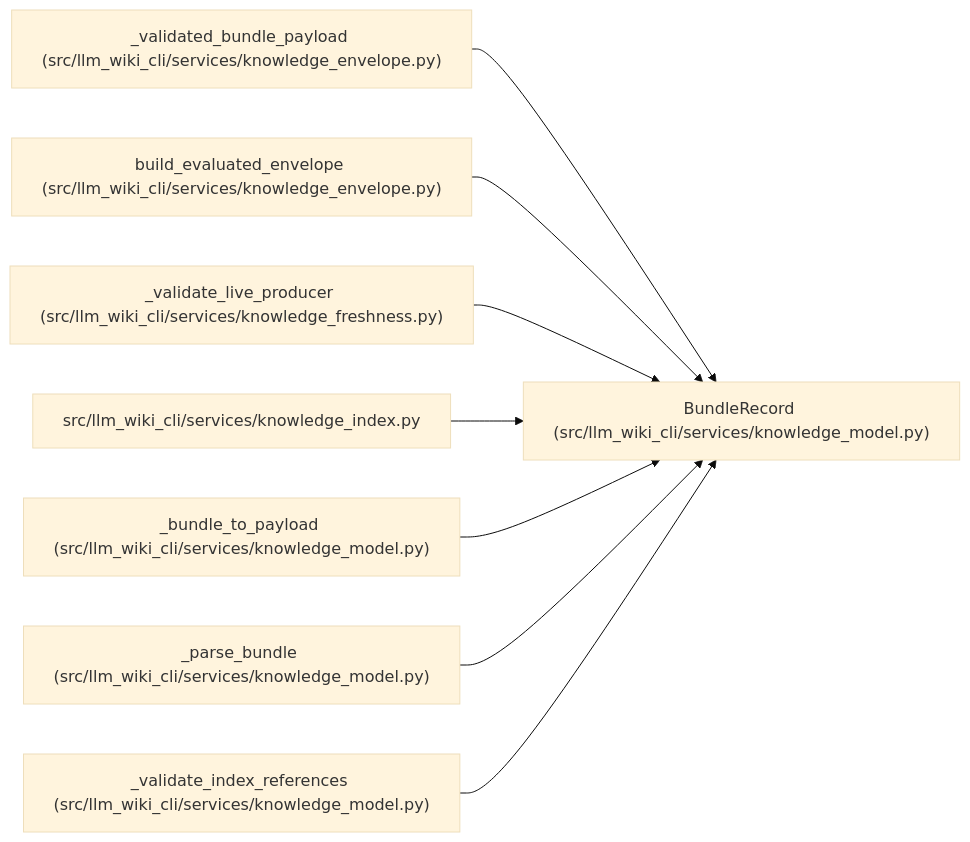
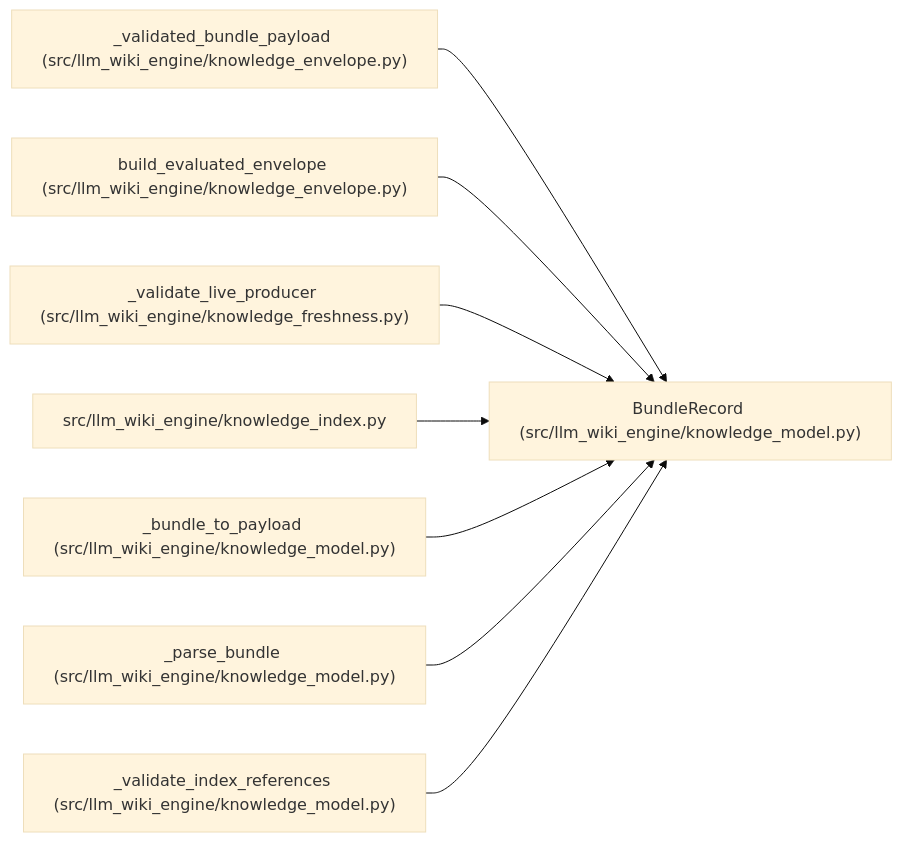
One commit to Denissvgn/python-wiki-llm changed the diagram in docs/llm_wiki/entities/BundleRecord.md. Above: the diagram before and after it, drawn with Mermaid (base theme). The commit also changed other lines of this file and 1058 other files, not shown here.

First line of the commit message:
docs: refresh the wiki for the knowledge store move

````diff
--- a/docs/llm_wiki/entities/BundleRecord.md
+++ b/docs/llm_wiki/entities/BundleRecord.md
@@ -30,26 +30,26 @@
 ```mermaid
 flowchart LR
-    n0["BundleRecord (src/llm_wiki_cli/services/knowledge_model.py)"]
-    n1["_validated_bundle_payload (src/llm_wiki_cli/services/knowledge_envelope.py)"]
-    n2["build_evaluated_envelope (src/llm_wiki_cli/services/knowledge_envelope.py)"]
-    n3["_validate_live_producer (src/llm_wiki_cli/services/knowledge_freshness.py)"]
-    n4["src/llm_wiki_cli/services/knowledge_index.py"]
-    n5["_bundle_to_payload (src/llm_wiki_cli/services/knowledge_model.py)"]
-    n6["_parse_bundle (src/llm_wiki_cli/services/knowledge_model.py)"]
-    n7["_validate_index_references (src/llm_wiki_cli/services/knowledge_model.py)"]
+    n0["BundleRecord (src/llm_wiki_engine/knowledge_model.py)"]
+    n1["_validated_bundle_payload (src/llm_wiki_engine/knowledge_envelope.py)"]
+    n2["build_evaluated_envelope (src/llm_wiki_engine/knowledge_envelope.py)"]
+    n3["_validate_live_producer (src/llm_wiki_engine/knowledge_freshness.py)"]
+    n4["src/llm_wiki_engine/knowledge_index.py"]
+    n5["_bundle_to_payload (src/llm_wiki_engine/knowledge_model.py)"]
+    n6["_parse_bundle (src/llm_wiki_engine/knowledge_model.py)"]
+    n7["_validate_index_references (src/llm_wiki_engine/knowledge_model.py)"]
     n1 --> n0
     n2 --> n0
     n3 --> n0
     n4 --> n0
     n5 --> n0
     n6 --> n0
     n7 --> n0
     click n0 "../modules/knowledge_model.md"
     click n1 "../modules/knowledge_envelope.md"
     click n2 "../modules/knowledge_envelope.md"
     click n3 "../modules/knowledge_freshness.md"
     click n4 "../modules/knowledge_index.md"
     click n5 "../modules/knowledge_model.md"
     click n6 "../modules/knowledge_model.md"
     click n7 "../modules/knowledge_model.md"
 ```
````
